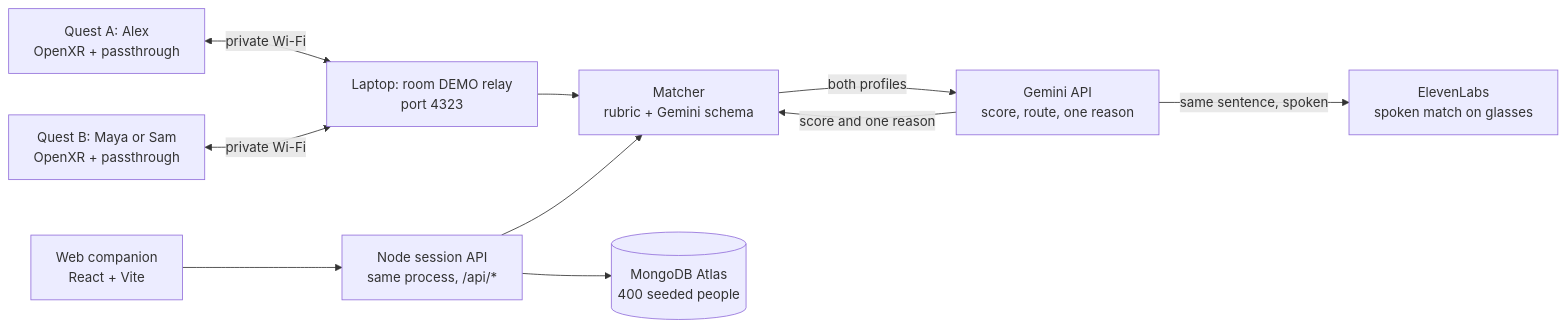
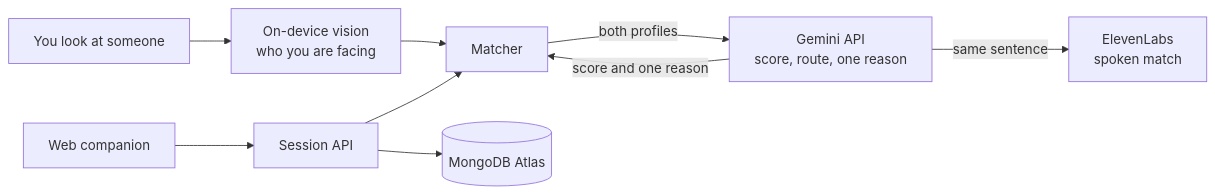
One commit to pooravrawat1/align changed the diagram in README.md. Above: the diagram before and after it, drawn with Mermaid. The commit also changed other lines of this file, not shown here.

````diff
--- a/README.md
+++ b/README.md
@@ -63,22 +61,20 @@
 ```mermaid
 flowchart LR
-  questA["Quest A: Alex\nOpenXR + passthrough"]
-  questB["Quest B: Maya or Sam\nOpenXR + passthrough"]
-  relay["Laptop: room DEMO relay\nport 4323"]
-  matcher["Matcher\nrubric + Gemini schema"]
+  wearer["You look at someone"]
+  vision["On-device vision\nwho you are facing"]
+  matcher["Matcher"]
   gemini["Gemini API\nscore, route, one reason"]
-  voice["ElevenLabs\nspoken match on glasses"]
-  web["Web companion\nReact + Vite"]
-  api["Node session API\nsame process, /api/*"]
-  mongo[("MongoDB Atlas\n400 seeded people")]
+  voice["ElevenLabs\nspoken match"]
+  web["Web companion"]
+  api["Session API"]
+  mongo[("MongoDB Atlas")]
 
-  questA <-->|"private Wi-Fi"| relay
-  questB <-->|"private Wi-Fi"| relay
-  relay --> matcher
+  wearer --> vision
+  vision --> matcher
   matcher -->|"both profiles"| gemini
   gemini -->|"score and one reason"| matcher
-  gemini -->|"same sentence, spoken"| voice
+  gemini -->|"same sentence"| voice
   web --> api
   api --> matcher
   api --> mongo
 ```
````
